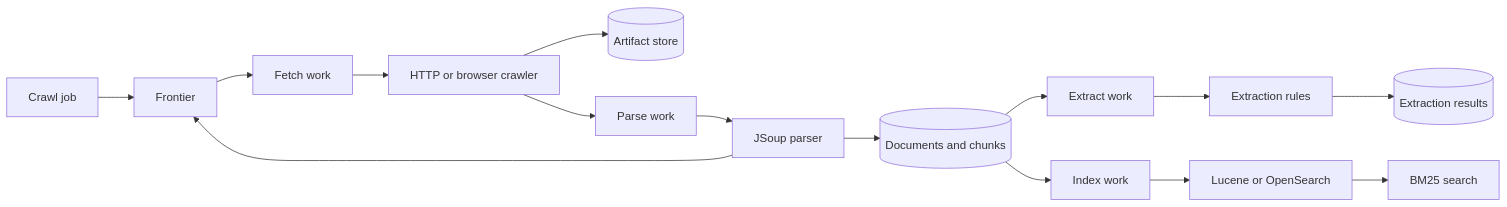
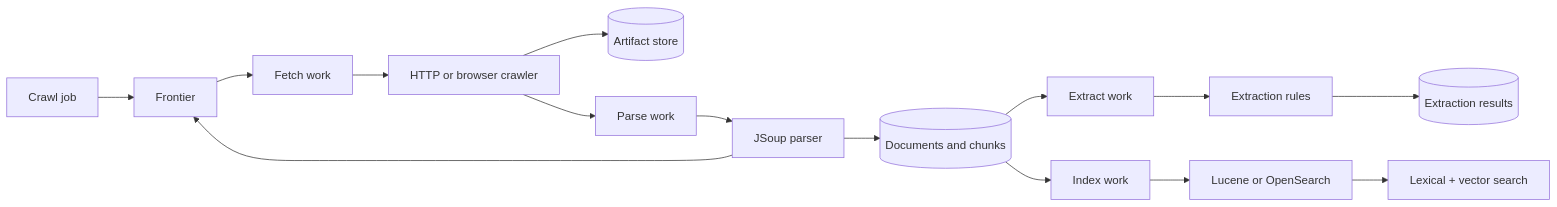
One commit to wenisch-tech/ContextCrate changed the diagram in README.md. Above: the diagram before and after it, drawn with Mermaid. The commit also changed other lines of this file and 27 other files, not shown here.

````diff
--- a/README.md
+++ b/README.md
@@ -25,17 +26,17 @@
 ```mermaid
 flowchart LR
   J[Crawl job] --> F[Frontier]
   F --> W1[Fetch work]
   W1 --> C[HTTP or browser crawler]
   C --> A[(Artifact store)]
   C --> W2[Parse work]
   W2 --> P[JSoup parser]
   P --> D[(Documents and chunks)]
   P --> F
   D --> W3[Extract work]
   W3 --> E[Extraction rules]
   E --> R[(Extraction results)]
   D --> W4[Index work]
   W4 --> I[Lucene or OpenSearch]
-  I --> S[BM25 search]
+  I --> S[Lexical + vector search]
 ```
````
